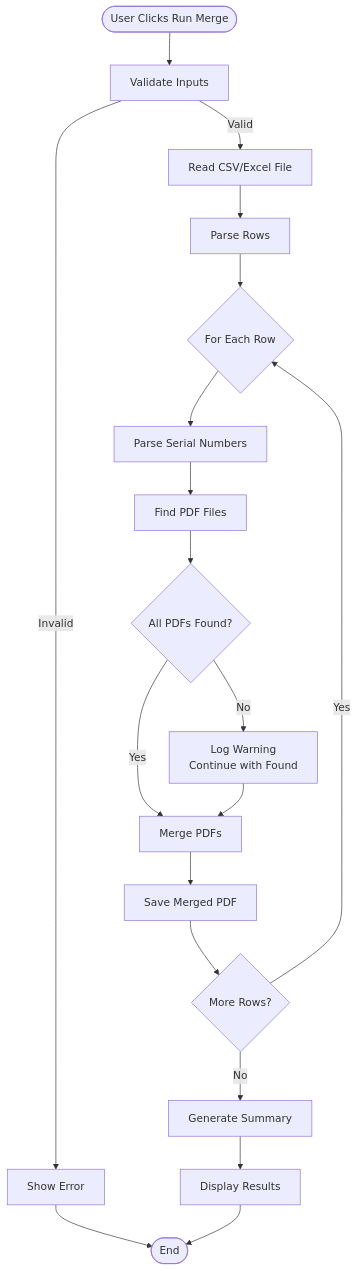
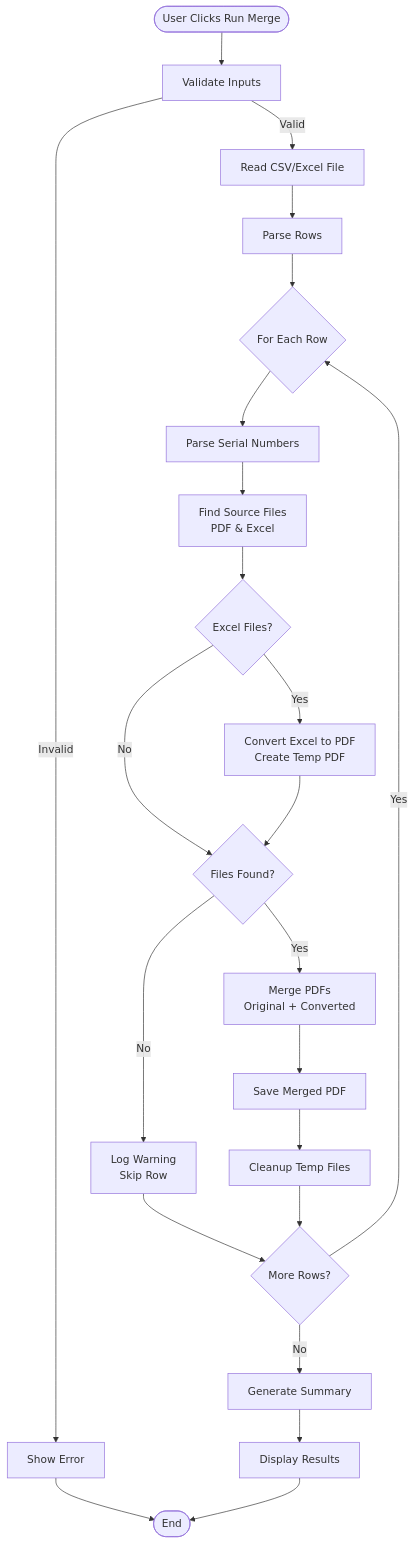
The fifth of 6 diagrams in ARCHITECTURE.md (Yoavsb25/files_unifeder), drawn with Mermaid before and after one commit. The commit also changed other lines of this file and 36 other files, not shown here.

First line of the commit message:
Support excel files to pdf (#10)

````diff
--- a/ARCHITECTURE.md
+++ b/ARCHITECTURE.md
@@ -287,21 +336,25 @@
 ```mermaid
 flowchart TD
     Start([User Clicks Run Merge]) --> Validate[Validate Inputs]
     Validate -->|Invalid| Error[Show Error]
     Validate -->|Valid| ReadFile[Read CSV/Excel File]
     ReadFile --> ParseRows[Parse Rows]
     ParseRows --> Loop{For Each Row}
     Loop --> ParseSerials[Parse Serial Numbers]
-    ParseSerials --> FindPDFs[Find PDF Files]
-    FindPDFs --> CheckFound{All PDFs Found?}
-    CheckFound -->|No| Warn[Log Warning<br/>Continue with Found]
-    CheckFound -->|Yes| Merge[Merge PDFs]
-    Warn --> Merge
+    ParseSerials --> FindFiles[Find Source Files<br/>PDF & Excel]
+    FindFiles --> ConvertExcel{Excel Files?}
+    ConvertExcel -->|Yes| Convert[Convert Excel to PDF<br/>Create Temp PDF]
+    ConvertExcel -->|No| CheckFound{Files Found?}
+    Convert --> CheckFound
+    CheckFound -->|No| Warn[Log Warning<br/>Skip Row]
+    CheckFound -->|Yes| Merge[Merge PDFs<br/>Original + Converted]
+    Warn --> NextRow
     Merge --> Save[Save Merged PDF]
-    Save --> NextRow{More Rows?}
+    Save --> Cleanup[Cleanup Temp Files]
+    Cleanup --> NextRow{More Rows?}
     NextRow -->|Yes| Loop
     NextRow -->|No| Summary[Generate Summary]
     Summary --> Display[Display Results]
     Error --> End([End])
     Display --> End
 ```
````
